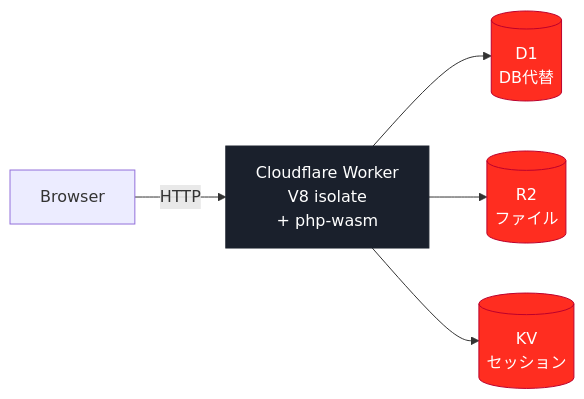
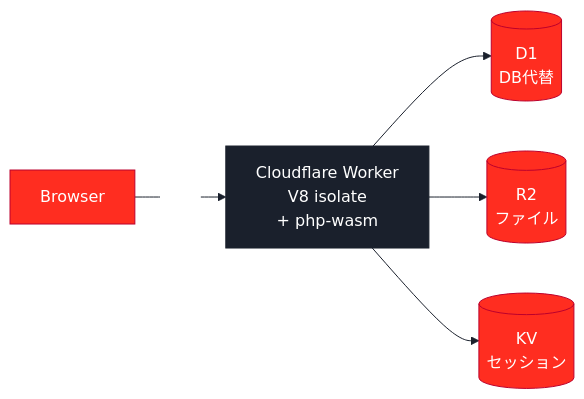
One commit to SuguruOoki/cloudflare-php-demo changed the diagram in slides/diagrams/wasm-arch.mmd. Above: the diagram before and after it, drawn with Mermaid. The commit also changed 10 other files, not shown here.

First line of the commit message:
fix(slides): Mermaid themeVariables + split overflowing Email Service slide

```diff
--- a/slides/diagrams/wasm-arch.mmd
+++ b/slides/diagrams/wasm-arch.mmd
@@ -1,10 +1,11 @@
+%%{init: {'theme':'base','themeVariables':{'primaryColor':'#FF2D20','primaryTextColor':'#fff','primaryBorderColor':'#BC002D','lineColor':'#1A202C','secondaryColor':'#1A202C','tertiaryColor':'#fff','edgeLabelBackground':'#fff','fontFamily':'Hiragino Kaku Gothic ProN, Meiryo, sans-serif'}}}%%
 flowchart LR
     B[Browser] -->|HTTP| W["Cloudflare Worker<br/>V8 isolate<br/>+ php-wasm"]
     W --> D1[("D1<br/>DB代替")]
     W --> R2[("R2<br/>ファイル")]
     W --> KV[("KV<br/>セッション")]
 
     classDef edge fill:#1A202C,stroke:#1A202C,color:#fff
     classDef store fill:#FF2D20,stroke:#BC002D,color:#fff
     class W edge
     class D1,R2,KV store
```
